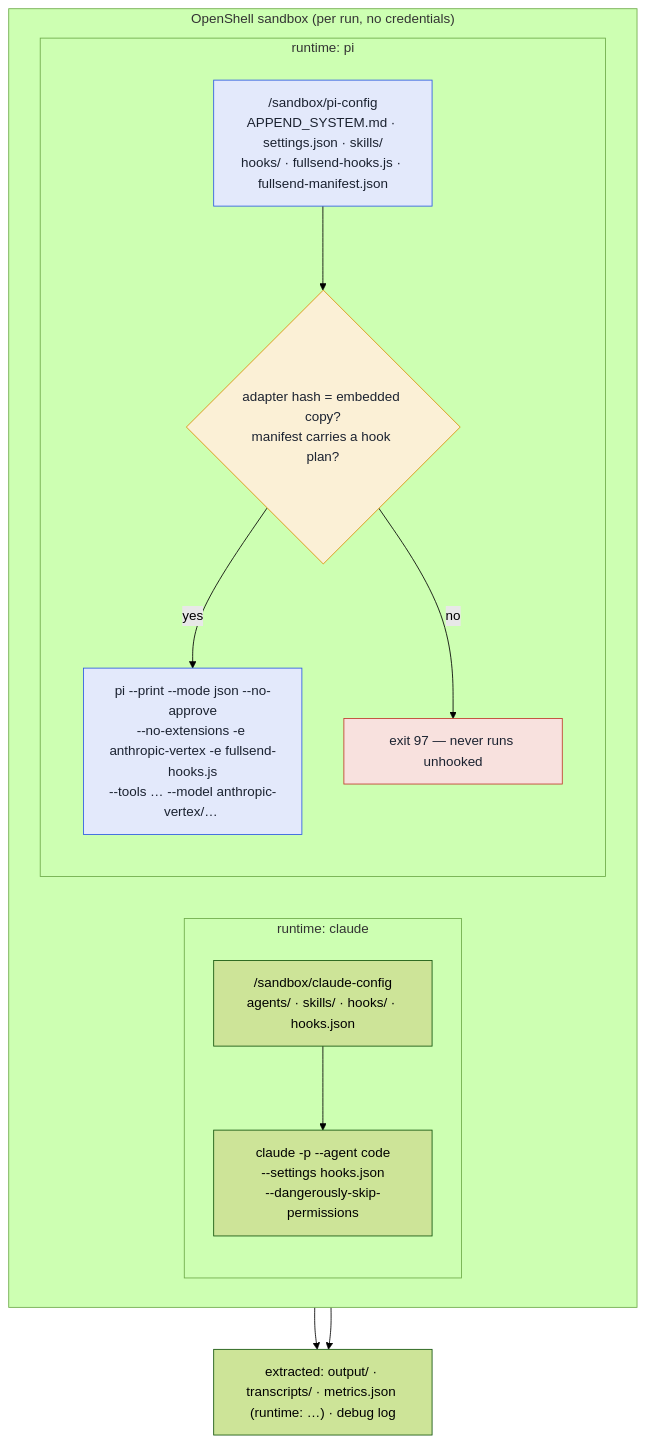
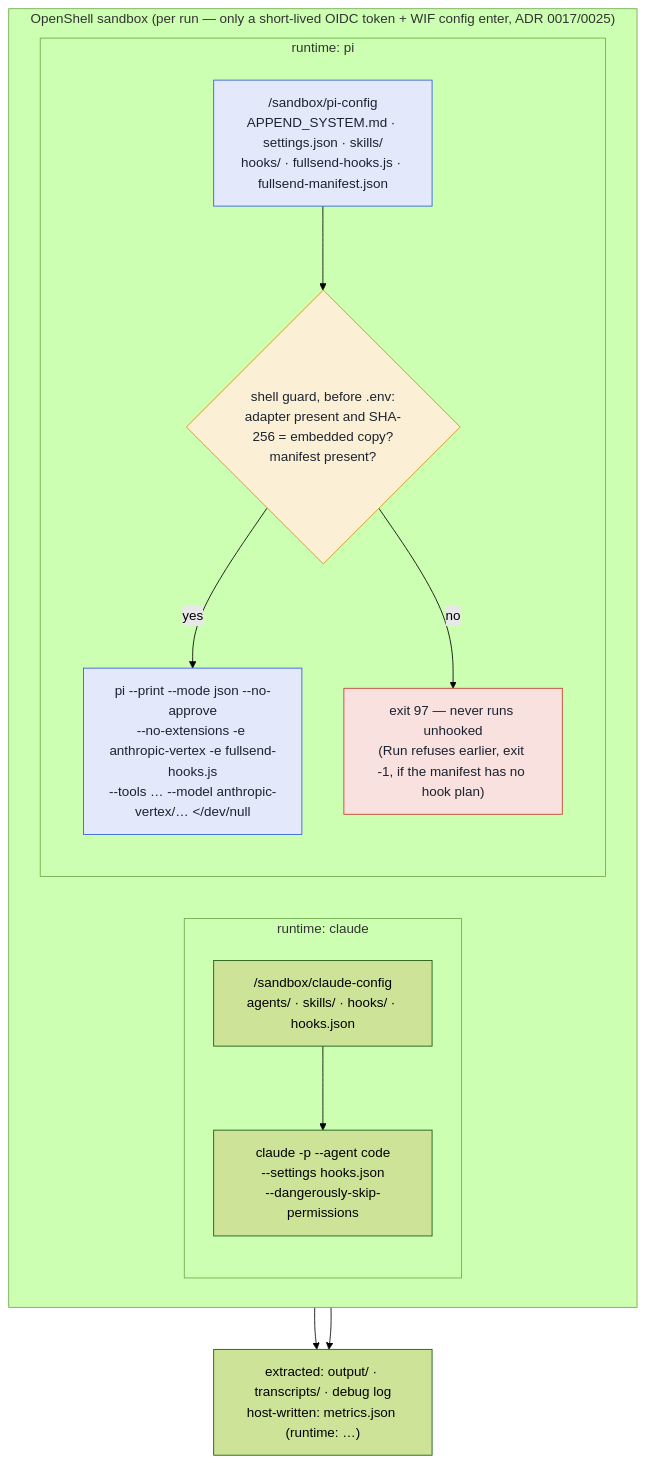
The second of 2 diagrams in docs/architecture.md (Benkapner/fullsend), drawn with Mermaid (forest theme) before and after one commit. The commit also changed other lines of this file and 3 other files, not shown here.

First line of the commit message:
docs(#6464): keep </dev/null visible in diagrams; qualify sandbox credentials

````diff
--- a/docs/architecture.md
+++ b/docs/architecture.md
@@ -829,31 +829,31 @@
 ```mermaid
 flowchart TB
-  subgraph SB["OpenShell sandbox (per run, no credentials)"]
+  subgraph SB["OpenShell sandbox (per run — only a short-lived OIDC token + WIF config enter, ADR 0017/0025)"]
     direction LR
     subgraph CL["runtime: claude"]
       direction TB
       C1["/sandbox/claude-config\nagents/ · skills/ · hooks/ · hooks.json"]
       C2["claude -p --agent code\n--settings hooks.json\n--dangerously-skip-permissions"]
       C1 --> C2
     end
     subgraph PL["runtime: pi"]
       direction TB
       P1["/sandbox/pi-config\nAPPEND_SYSTEM.md · settings.json · skills/\nhooks/ · fullsend-hooks.js · fullsend-manifest.json"]
-      P0{"adapter hash = embedded copy?\nmanifest carries a hook plan?"}
-      P2["pi --print --mode json --no-approve\n--no-extensions -e anthropic-vertex -e fullsend-hooks.js\n--tools … --model anthropic-vertex/… </dev/null"]
-      PX["exit 97 — never runs unhooked"]
+      P0{"shell guard, before .env:\nadapter present and SHA-256 = embedded copy?\nmanifest present?"}
+      P2["pi --print --mode json --no-approve\n--no-extensions -e anthropic-vertex -e fullsend-hooks.js\n--tools … --model anthropic-vertex/… #lt;/dev/null"]
+      PX["exit 97 — never runs unhooked\n(Run refuses earlier, exit -1, if the manifest has no hook plan)"]
       P1 --> P0
       P0 -- yes --> P2
       P0 -- no --> PX
     end
   end
-  OUT["extracted: output/ · transcripts/ · metrics.json (runtime: …) · debug log"]
+  OUT["extracted: output/ · transcripts/ · debug log\nhost-written: metrics.json (runtime: …)"]
   C2 --> OUT
   P2 --> OUT
   classDef guard fill:#fbf0d6,stroke:#d98e04,color:#1b2230;
   classDef bad fill:#f8e1de,stroke:#c0392b,color:#1b2230;
   classDef opt fill:#e3e9fb,stroke:#2d5be3,color:#1b2230;
   class P0 guard;
   class PX bad;
   class P1,P2 opt;
 ```
````
